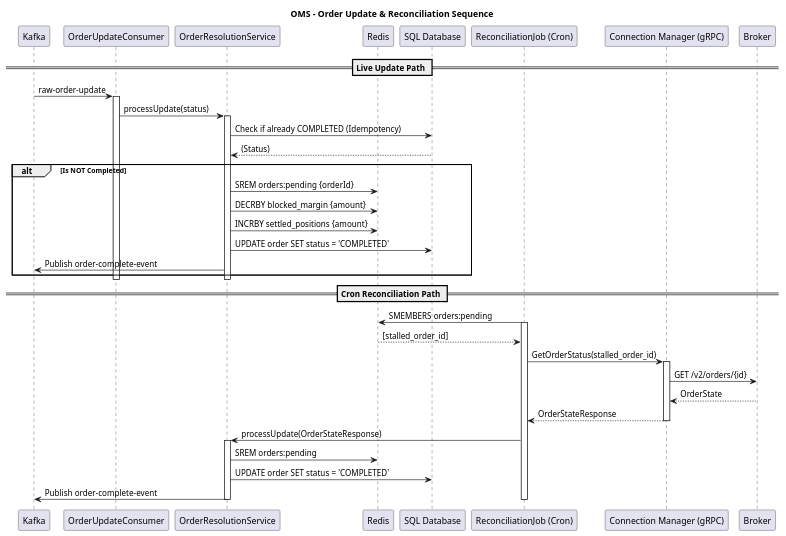
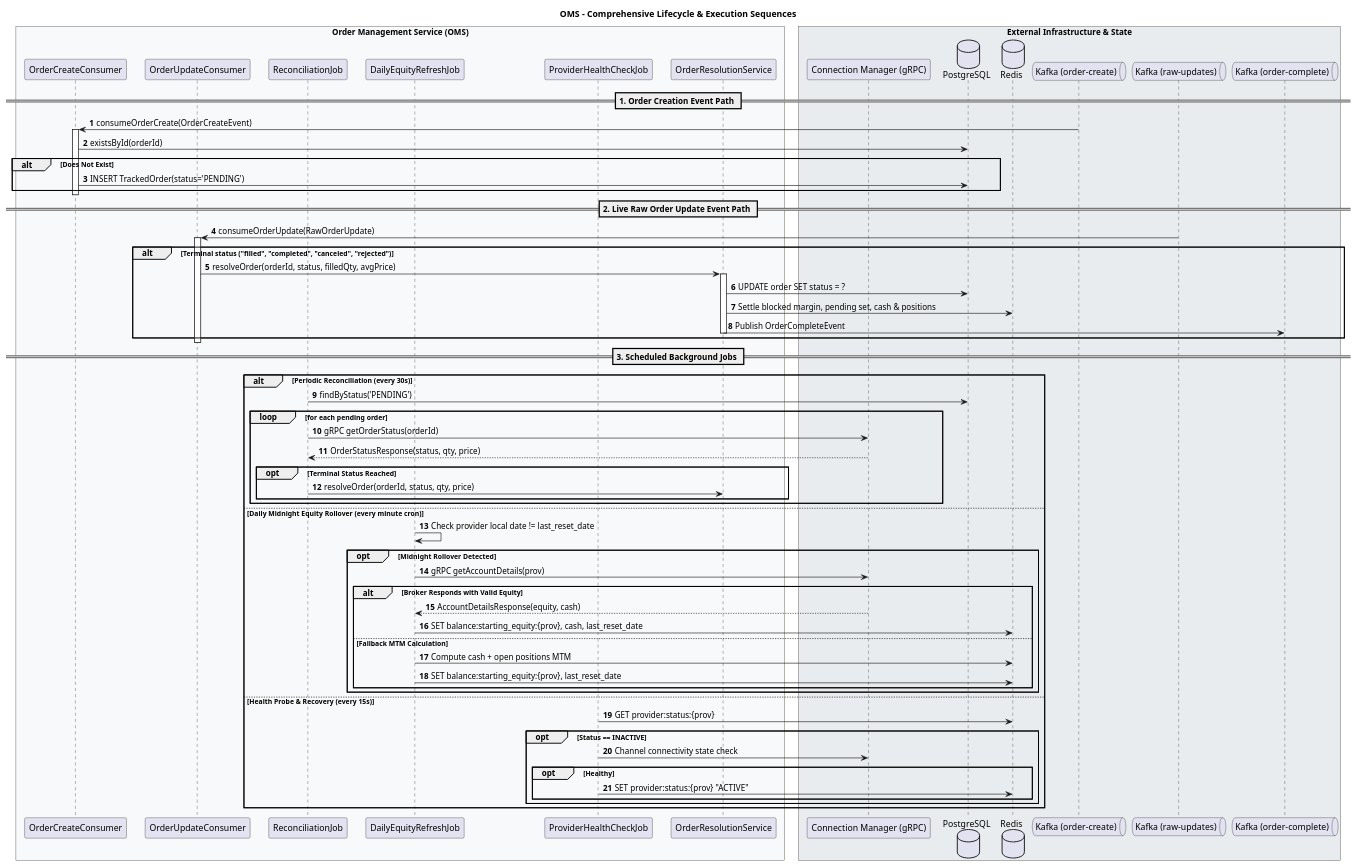
Before and after one commit to jeshupatelg/distributed-trading-system: the diagram in design/lld/order-management-service/sequences.puml, drawn with PlantUML. The commit also changed 18 other files, not shown here.

Commit message:
feat(schema): centralize protobuf schema, automate maven target ingestion, and reconcile python stubs

```diff
--- a/design/lld/order-management-service/sequences.puml
+++ b/design/lld/order-management-service/sequences.puml
@@ -1,53 +1,83 @@
 @startuml
-title OMS - Order Update & Reconciliation Sequence
+title OMS - Comprehensive Lifecycle & Execution Sequences
 
-participant "Kafka" as Kafka
-participant "OrderUpdateConsumer" as OUC
-participant "OrderResolutionService" as ORS
-participant "Redis" as Redis
-participant "SQL Database" as DB
-participant "ReconciliationJob (Cron)" as Cron
-participant "Connection Manager (gRPC)" as CM
+autonumber
+skinparam BoxPadding 10
+skinparam ParticipantPadding 10
 
-== Live Update Path ==
-Kafka -> OUC : raw-order-update
+box "Order Management Service (OMS)" #F8F9FA
+    participant "OrderCreateConsumer" as OCC
+    participant "OrderUpdateConsumer" as OUC
+    participant "ReconciliationJob" as RJ
+    participant "DailyEquityRefreshJob" as DERJ
+    participant "ProviderHealthCheckJob" as PHJ
+    participant "OrderResolutionService" as ORS
+end box
+
+box "External Infrastructure & State" #E9ECEF
+    participant "Connection Manager (gRPC)" as CM
+    database "PostgreSQL" as DB
+    database "Redis" as Redis
+    queue "Kafka (order-create)" as K_Create
+    queue "Kafka (raw-updates)" as K_Update
+    queue "Kafka (order-complete)" as K_Complete
+end box
+
+== 1. Order Creation Event Path ==
+
+K_Create -> OCC : consumeOrderCreate(OrderCreateEvent)
+activate OCC
+OCC -> DB : existsById(orderId)
+alt Does Not Exist
+    OCC -> DB : INSERT TrackedOrder(status='PENDING')
+end
+deactivate OCC
+
+== 2. Live Raw Order Update Event Path ==
+
+K_Update -> OUC : consumeOrderUpdate(RawOrderUpdate)
 activate OUC
-OUC -> ORS : processUpdate(status)
-activate ORS
-
-ORS -> DB : Check if already COMPLETED (Idempotency)
-DB --> ORS : (Status)
-
-alt Is NOT Completed
-    ORS -> Redis : SREM orders:pending {orderId}
-    ORS -> Redis : DECRBY blocked_margin {amount}
-    ORS -> Redis : INCRBY settled_positions {amount}
-    
-    ORS -> DB : UPDATE order SET status = 'COMPLETED'
-    
-    ORS -> Kafka : Publish order-complete-event
+alt Terminal status ("filled", "completed", "canceled", "rejected")
+    OUC -> ORS : resolveOrder(orderId, status, filledQty, avgPrice)
+    activate ORS
+    ORS -> DB : UPDATE order SET status = ?
+    ORS -> Redis : Settle blocked margin, pending set, cash & positions
+    ORS -> K_Complete : Publish OrderCompleteEvent
+    deactivate ORS
 end
-deactivate ORS
 deactivate OUC
 
-== Cron Reconciliation Path ==
-Cron -> Redis : SMEMBERS orders:pending
-activate Cron
-Redis --> Cron : [stalled_order_id]
+== 3. Scheduled Background Jobs ==
 
-Cron -> CM : GetOrderStatus(stalled_order_id)
-activate CM
-CM -> Broker : GET /v2/orders/{id}
-Broker --> CM : OrderState
-CM --> Cron : OrderStateResponse
-deactivate CM
-
-Cron -> ORS : processUpdate(OrderStateResponse)
-activate ORS
-ORS -> Redis : SREM orders:pending
-ORS -> DB : UPDATE order SET status = 'COMPLETED'
-ORS -> Kafka : Publish order-complete-event
-deactivate ORS
-deactivate Cron
+alt Periodic Reconciliation (every 30s)
+    RJ -> DB : findByStatus('PENDING')
+    loop for each pending order
+        RJ -> CM : gRPC getOrderStatus(orderId)
+        CM --> RJ : OrderStatusResponse(status, qty, price)
+        opt Terminal Status Reached
+            RJ -> ORS : resolveOrder(orderId, status, qty, price)
+        end
+    end
+else Daily Midnight Equity Rollover (every minute cron)
+    DERJ -> DERJ : Check provider local date != last_reset_date
+    opt Midnight Rollover Detected
+        DERJ -> CM : gRPC getAccountDetails(prov)
+        alt Broker Responds with Valid Equity
+            CM --> DERJ : AccountDetailsResponse(equity, cash)
+            DERJ -> Redis : SET balance:starting_equity:{prov}, cash, last_reset_date
+        else Fallback MTM Calculation
+            DERJ -> Redis : Compute cash + open positions MTM
+            DERJ -> Redis : SET balance:starting_equity:{prov}, last_reset_date
+        end
+    end
+else Health Probe & Recovery (every 15s)
+    PHJ -> Redis : GET provider:status:{prov}
+    opt Status == INACTIVE
+        PHJ -> CM : Channel connectivity state check
+        opt Healthy
+            PHJ -> Redis : SET provider:status:{prov} "ACTIVE"
+        end
+    end
+end
 
 @enduml
```
